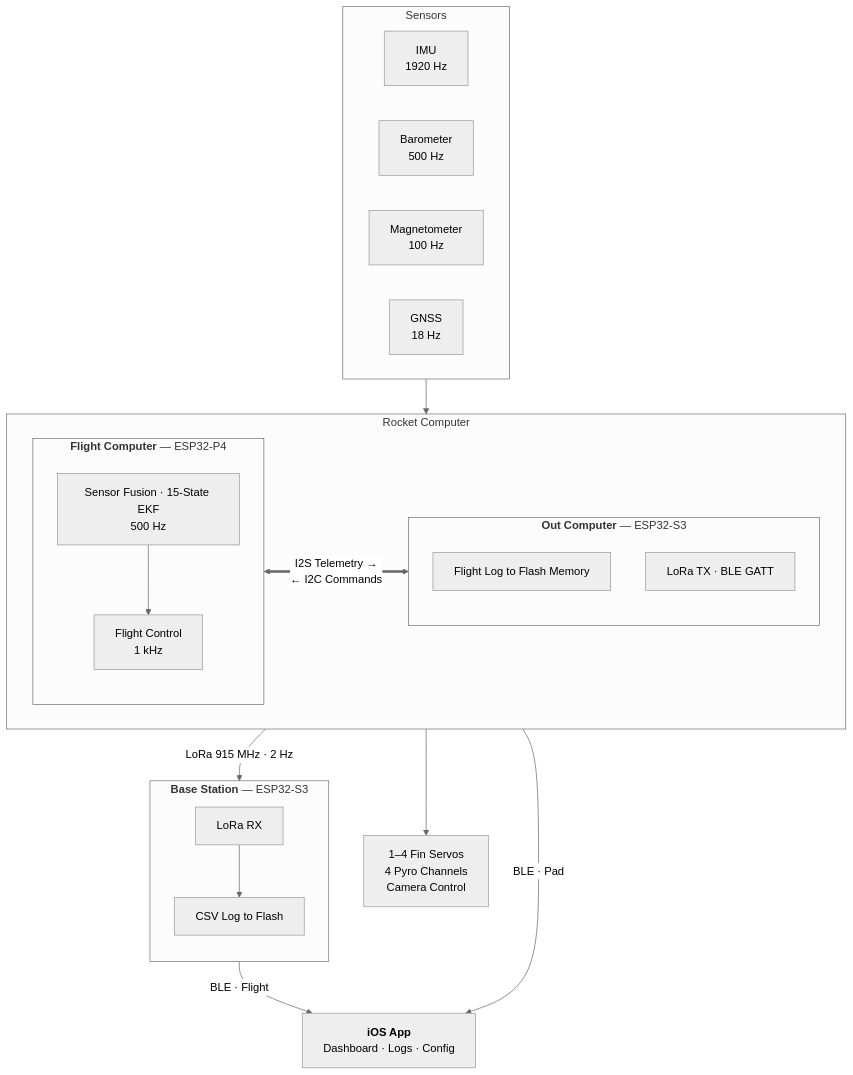
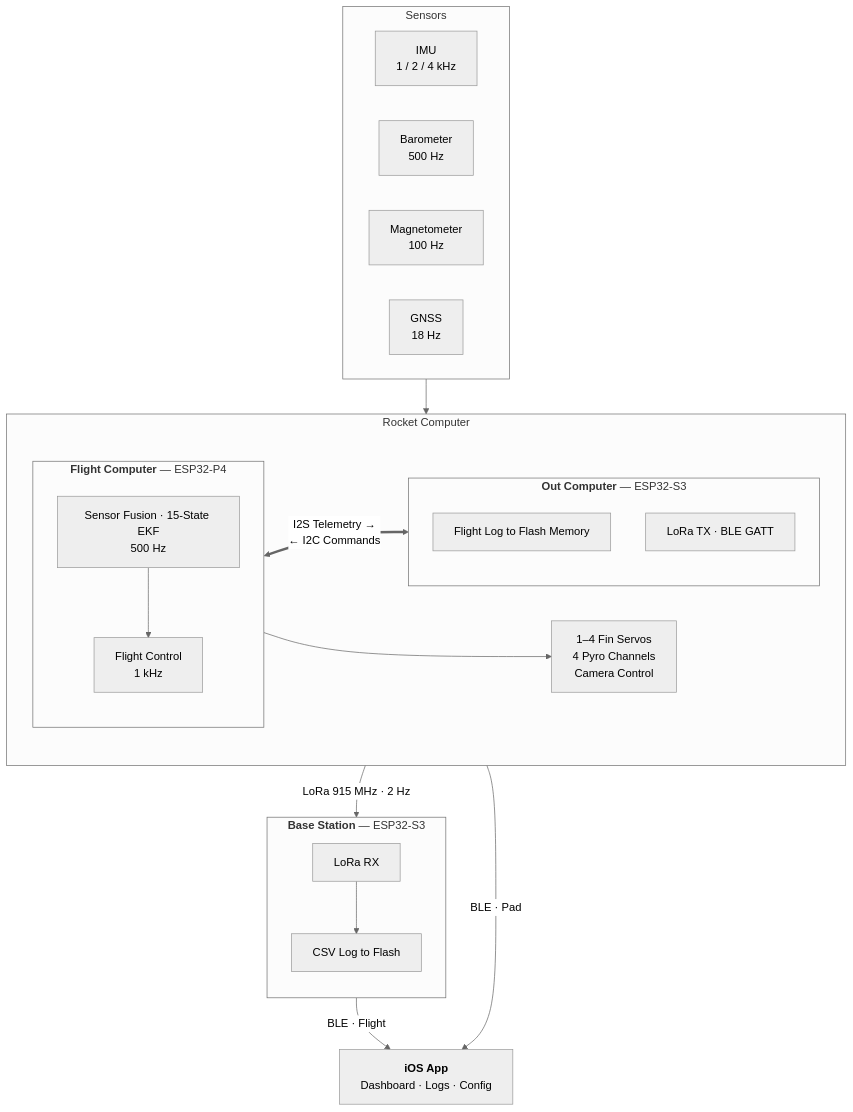
One commit to Tinkerbug-Robotics/TinkerRocket changed the diagram in README.md. Above: the diagram before and after it, drawn with Mermaid (neutral theme).

First paragraph of the commit message:
docs: draw the actuators from the Flight Computer; show IMU rate options (#612)
* docs: draw the actuators from the Flight Computer, inside the board box

````diff
--- a/README.md
+++ b/README.md
@@ -39,42 +39,42 @@
 ```mermaid
 flowchart TB
     subgraph SENSORS["Sensors"]
         direction LR
-        S1["IMU<br/>1920 Hz"]
+        S1["IMU<br/>1 / 2 / 4 kHz"]
         S2["Barometer<br/>500 Hz"]
         S3["Magnetometer<br/>100 Hz"]
         S4["GNSS<br/>18 Hz"]
     end
 
     subgraph ROCKET["Rocket Computer"]
         direction LR
         subgraph FC["<b>Flight Computer</b> — ESP32-P4"]
             direction TB
             EKF["Sensor Fusion · 15-State EKF<br/>500 Hz"]
             CTRL["Flight Control<br/>1 kHz"]
             EKF --> CTRL
         end
+        OUT["1–4 Fin Servos<br/>4 Pyro Channels<br/>Camera Control"]
         subgraph OC["<b>Out Computer</b> — ESP32-S3"]
             direction TB
             LOG["Flight Log to Flash Memory"]
             RAD["LoRa TX · BLE GATT"]
         end
+        CTRL --> OUT
         FC <==>|"I2S Telemetry &rarr;<br/>&larr; I2C Commands"| OC
     end
 
     subgraph BS["<b>Base Station</b> — ESP32-S3"]
         direction TB
         RX["LoRa RX"]
         BSLOG["CSV Log to Flash"]
         RX --> BSLOG
     end
 
-    OUT["1–4 Fin Servos<br/>4 Pyro Channels<br/>Camera Control"]
     APP["<b>iOS App</b><br/>Dashboard · Logs · Config"]
 
     SENSORS --> FC
-    FC --> OUT
     RAD -->|"LoRa 915 MHz · 2 Hz"| RX
     RAD -->|"BLE · Pad"| APP
     RX -->|"BLE · Flight"| APP
 ```
````
